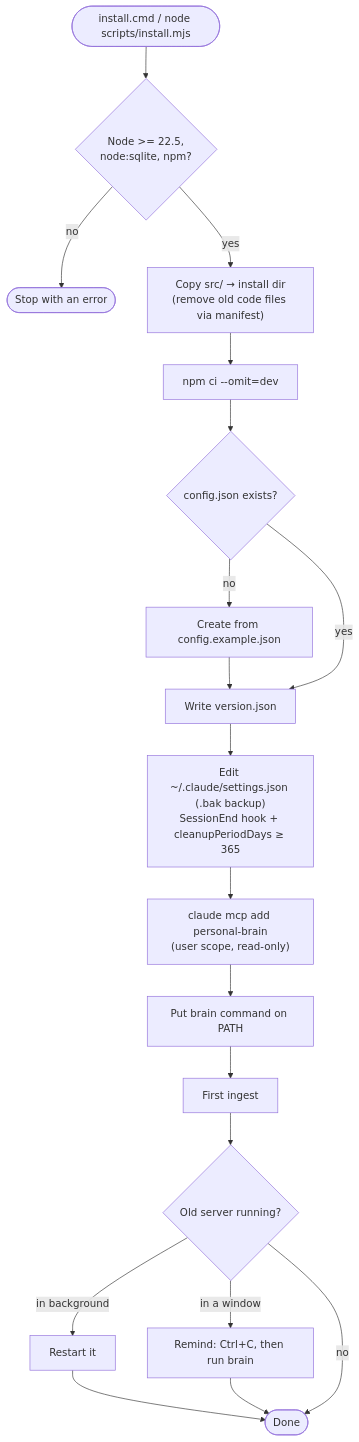
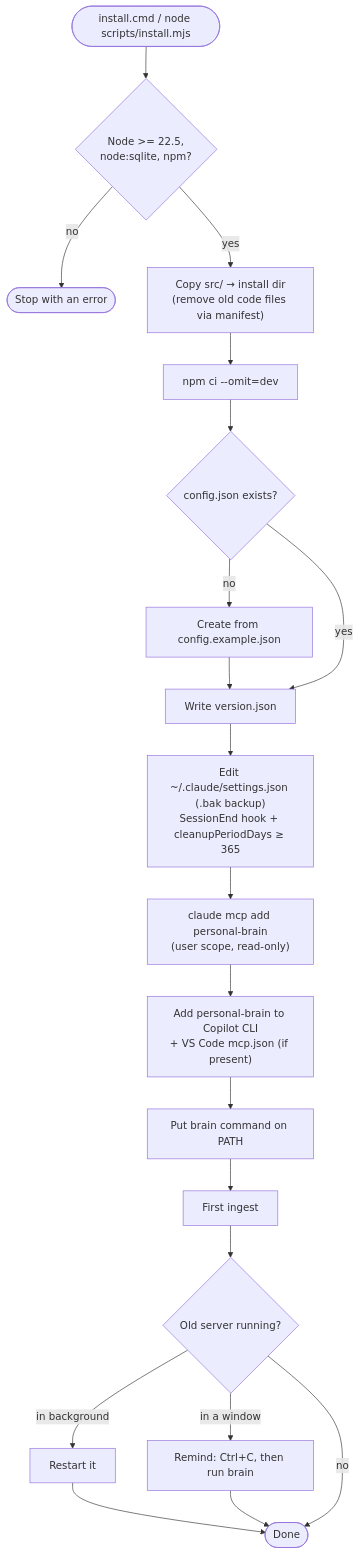
The first of 4 diagrams in README.md (hienct-fpt/personal-brain), drawn with Mermaid before and after one commit. The commit also changed other lines of this file and 13 other files, not shown here.

First line of the commit message:
Add GitHub Copilot support: CLI + VS Code Chat ingest, MCP for Copilot

````diff
--- a/README.md
+++ b/README.md
@@ -57,18 +58,19 @@
 ```mermaid
 flowchart TD
   A([install.cmd / node scripts/install.mjs]) --> B{"Node >= 22.5,<br/>node:sqlite, npm?"}
   B -- no --> X([Stop with an error])
   B -- yes --> C["Copy src/ → install dir<br/>(remove old code files via manifest)"]
   C --> D["npm ci --omit=dev"]
   D --> E{"config.json exists?"}
   E -- no --> E1["Create from config.example.json"] --> F
   E -- yes --> F["Write version.json"]
   F --> G["Edit ~/.claude/settings.json (.bak backup)<br/>SessionEnd hook + cleanupPeriodDays ≥ 365"]
   G --> G2["claude mcp add personal-brain<br/>(user scope, read-only)"]
-  G2 --> H["Put brain command on PATH"]
+  G2 --> G3["Add personal-brain to Copilot CLI<br/>+ VS Code mcp.json (if present)"]
+  G3 --> H["Put brain command on PATH"]
   H --> I["First ingest"]
   I --> J{"Old server running?"}
   J -- "in background" --> J1["Restart it"] --> Z
   J -- "in a window" --> J2["Remind: Ctrl+C, then run brain"] --> Z
   J -- no --> Z([Done])
 ```
````
